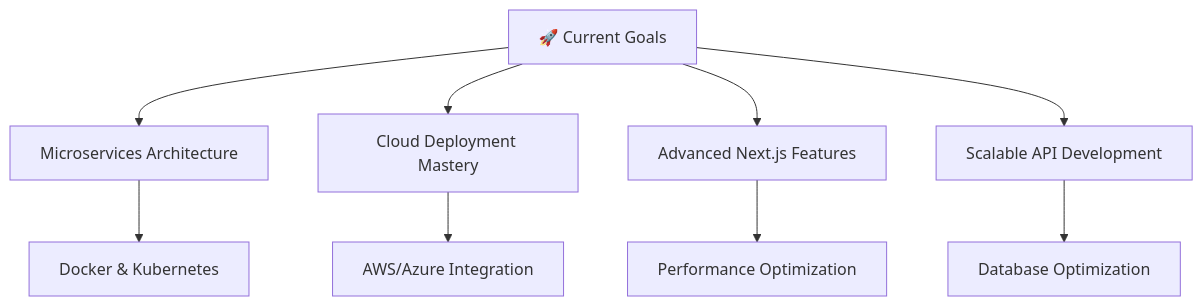
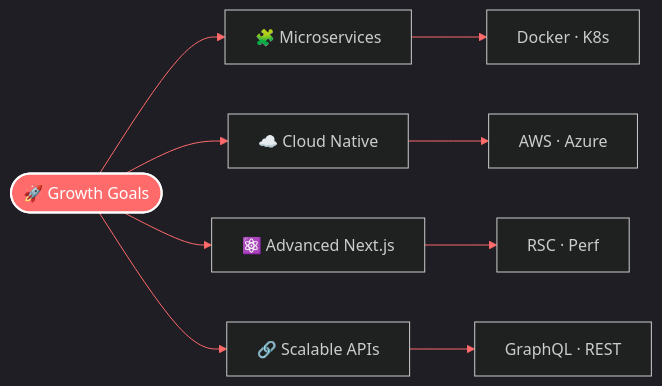
The diagram in README.md (immusawer/immusawer), drawn with Mermaid before and after one commit. The commit also changed other lines of this file and 2 other files, not shown here.

````diff
--- a/README.md
+++ b/README.md
@@ -167,12 +243,15 @@
 ```mermaid
-graph TD
-    A[🚀 Current Goals] --> B[Microservices Architecture]
-    A --> C[Cloud Deployment Mastery]
-    A --> D[Advanced Next.js Features]
-    A --> E[Scalable API Development]
-    
-    B --> F[Docker & Kubernetes]
-    C --> G[AWS/Azure Integration]
-    D --> H[Performance Optimization]
-    E --> I[Database Optimization]
+%%{init: {'theme':'dark', 'themeVariables': { 'primaryColor':'#FF6B6B','primaryTextColor':'#fff','primaryBorderColor':'#FF6B6B','lineColor':'#FF6B6B','secondaryColor':'#1a1a2e','tertiaryColor':'#16213e'}}}%%
+graph LR
+    A([🚀 Growth Goals]) --> B[🧩 Microservices]
+    A --> C[☁️ Cloud Native]
+    A --> D[⚛️ Advanced Next.js]
+    A --> E[🔗 Scalable APIs]
+
+    B --> B1[Docker · K8s]
+    C --> C1[AWS · Azure]
+    D --> D1[RSC · Perf]
+    E --> E1[GraphQL · REST]
+
+    style A fill:#FF6B6B,stroke:#fff,stroke-width:2px,color:#fff
 ```
````
